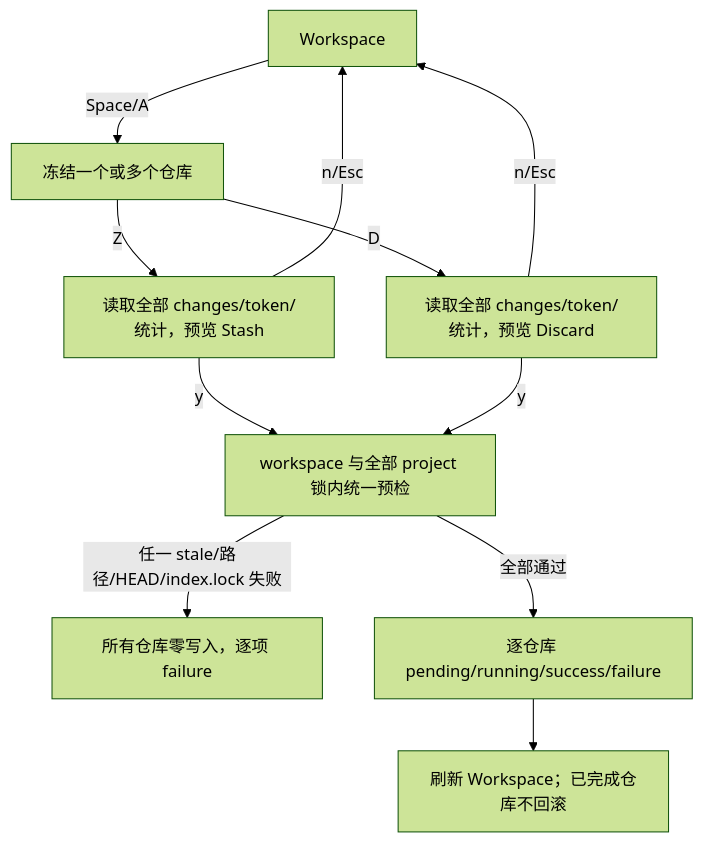
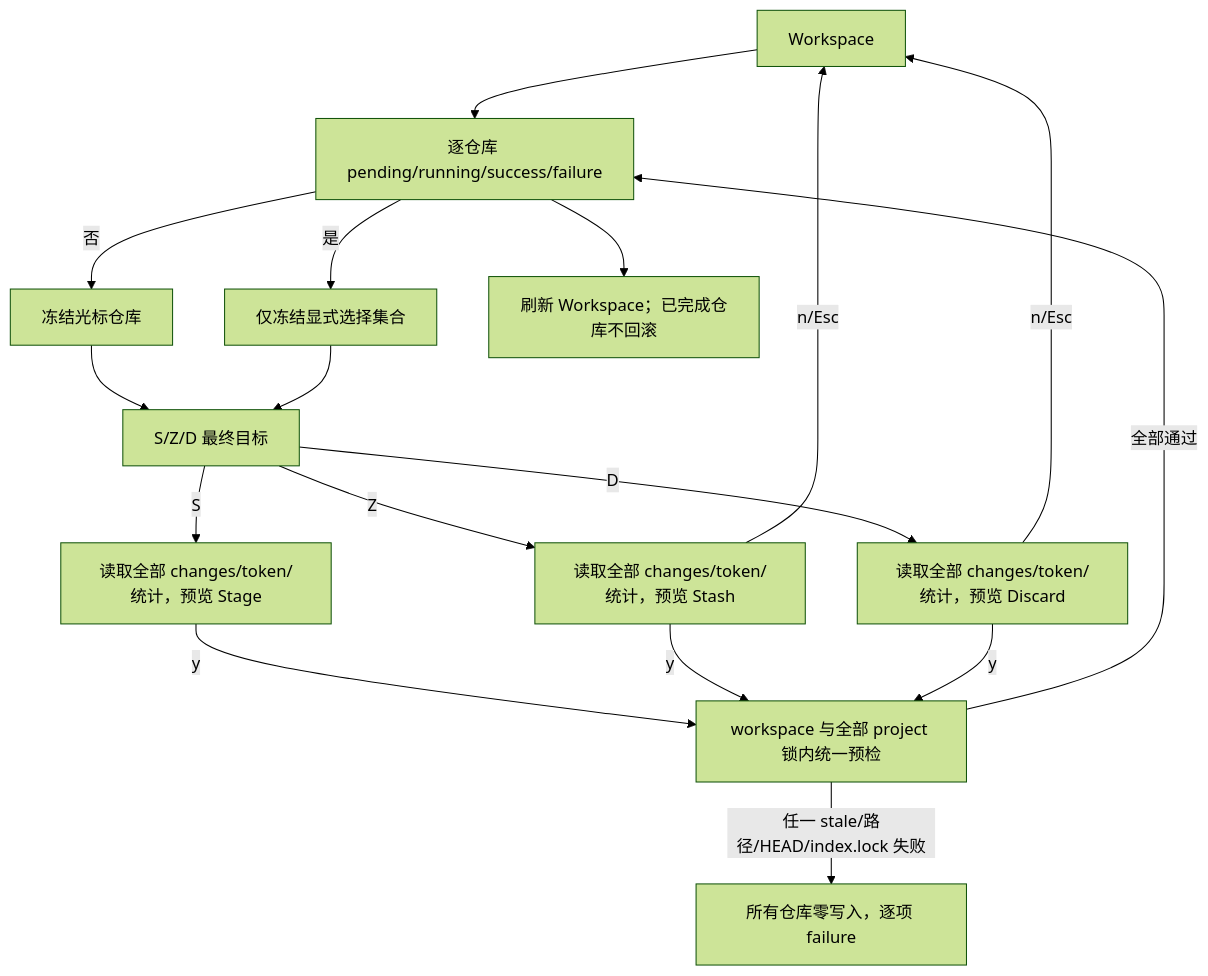
One commit to Trigger-CN/trepo changed the second of 7 diagrams in docs/USER_GUIDE.md. Above: the diagram before and after it, drawn with Mermaid (forest theme). The commit also changed other lines of this file and 14 other files, not shown here.

````diff
--- a/docs/USER_GUIDE.md
+++ b/docs/USER_GUIDE.md
@@ -99,13 +100,19 @@
 ```mermaid
 flowchart TD
-    W[Workspace] -->|Space/A| S[冻结一个或多个仓库]
+    W[Workspace] --> T{存在 Space/A 显式选择?}
+    T -->|否| C[冻结光标仓库]
+    T -->|是| B[仅冻结显式选择集合]
+    C --> S[S/Z/D 最终目标]
+    B --> S
+    S -->|S| P0[读取全部 changes/token/统计，预览 Stage]
     S -->|Z| P1[读取全部 changes/token/统计，预览 Stash]
     S -->|D| P2[读取全部 changes/token/统计，预览 Discard]
-    P1 -->|y| V[workspace 与全部 project 锁内统一预检]
+    P0 -->|y| V[workspace 与全部 project 锁内统一预检]
+    P1 -->|y| V
     P2 -->|y| V
     P1 -->|n/Esc| W
     P2 -->|n/Esc| W
     V -->|任一 stale/路径/HEAD/index.lock 失败| F[所有仓库零写入，逐项 failure]
     V -->|全部通过| T[逐仓库 pending/running/success/failure]
     T --> R[刷新 Workspace；已完成仓库不回滚]
 ```
````
